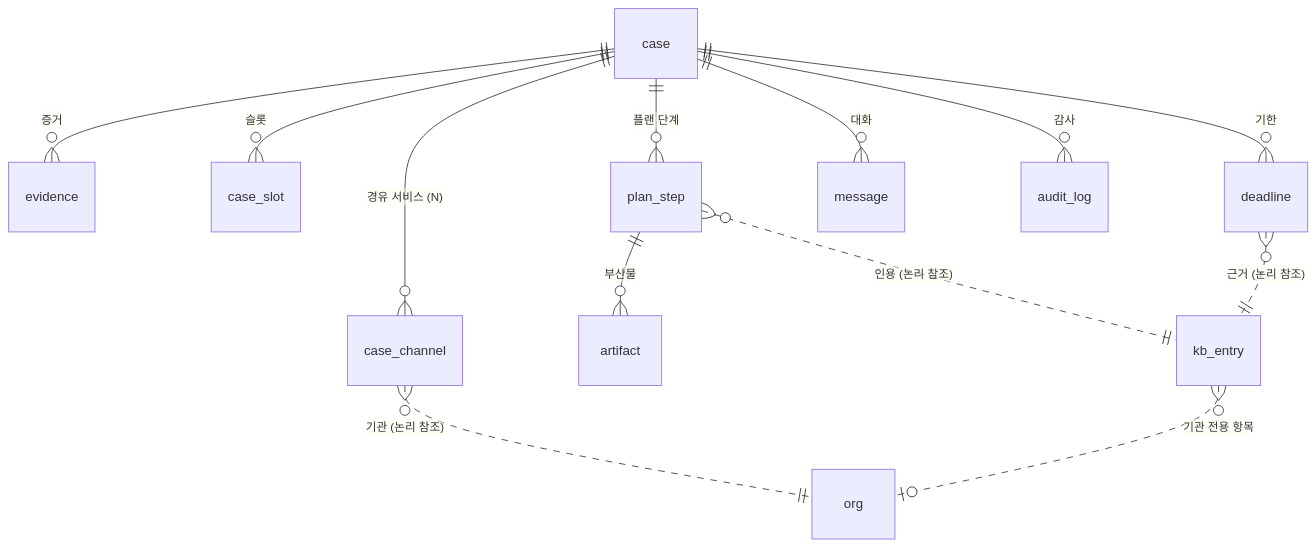
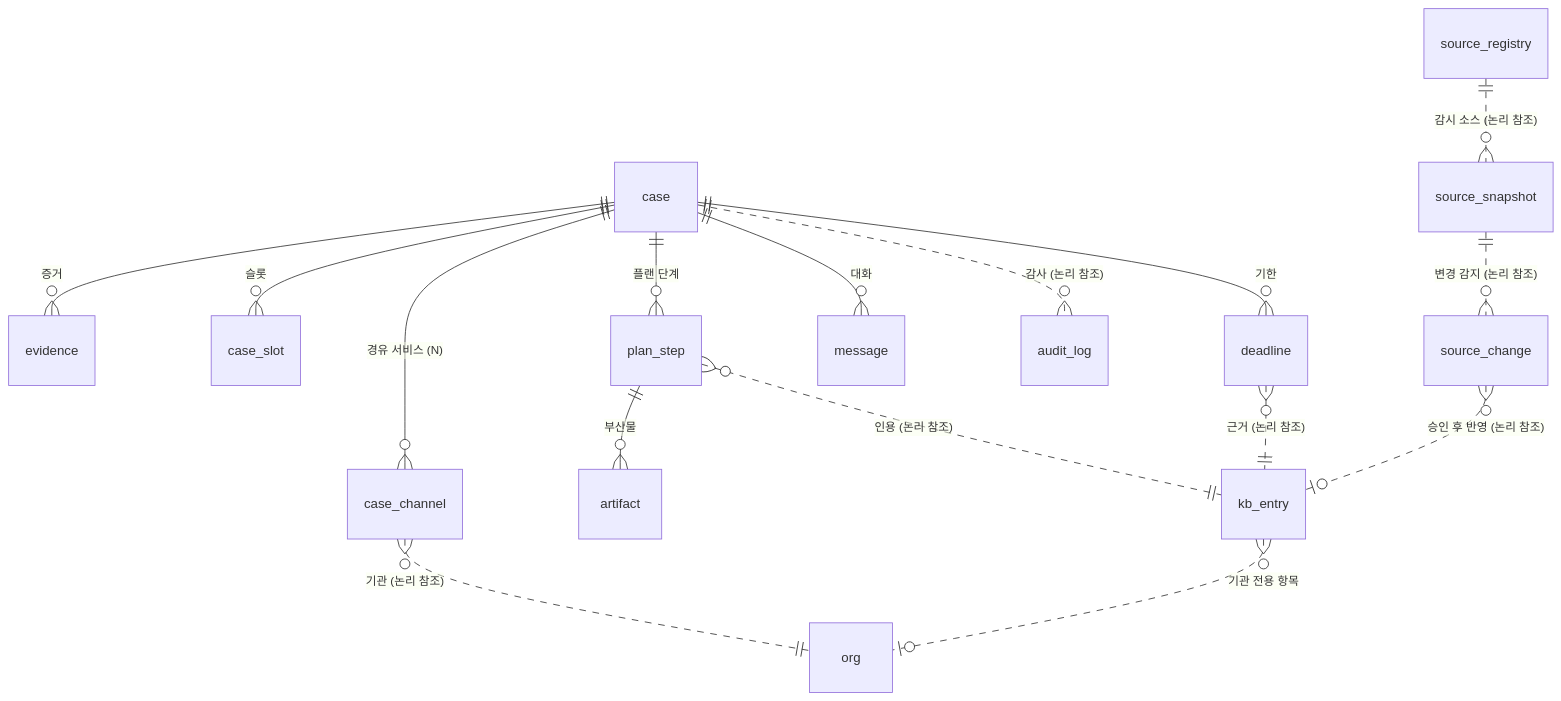
Before and after one commit to Dojaegyum/fsec-ai-challenge: the first of 2 diagrams in spec/backend/08-16-data-model.md, drawn with Mermaid. The commit also changed other lines of this file and 3 other files, not shown here.

First line of the commit message:
README 에 ERD 를 싣고, 그림이 DDL 을 따라오는지 --check 가 보게 함

````diff
--- a/spec/backend/08-16-data-model.md
+++ b/spec/backend/08-16-data-model.md
@@ -56,15 +56,18 @@
 ```mermaid
 erDiagram
     case ||--o{ evidence : "증거"
     case ||--o{ case_channel : "경유 서비스 (N)"
     case ||--o{ case_slot : "슬롯"
     case ||--o{ plan_step : "플랜 단계"
     case ||--o{ deadline : "기한"
     case ||--o{ message : "대화"
-    case ||--o{ audit_log : "감사"
+    case ||..o{ audit_log : "감사 (논리 참조)"
     plan_step ||--o{ artifact : "부산물"
     plan_step }o..|| kb_entry : "인용 (논리 참조)"
     deadline }o..|| kb_entry : "근거 (논리 참조)"
     case_channel }o..|| org : "기관 (논리 참조)"
     kb_entry }o..o| org : "기관 전용 항목"
+    source_registry ||..o{ source_snapshot : "감시 소스 (논리 참조)"
+    source_snapshot ||..o{ source_change : "변경 감지 (논리 참조)"
+    source_change }o..o| kb_entry : "승인 후 반영 (논리 참조)"
 ```
````
